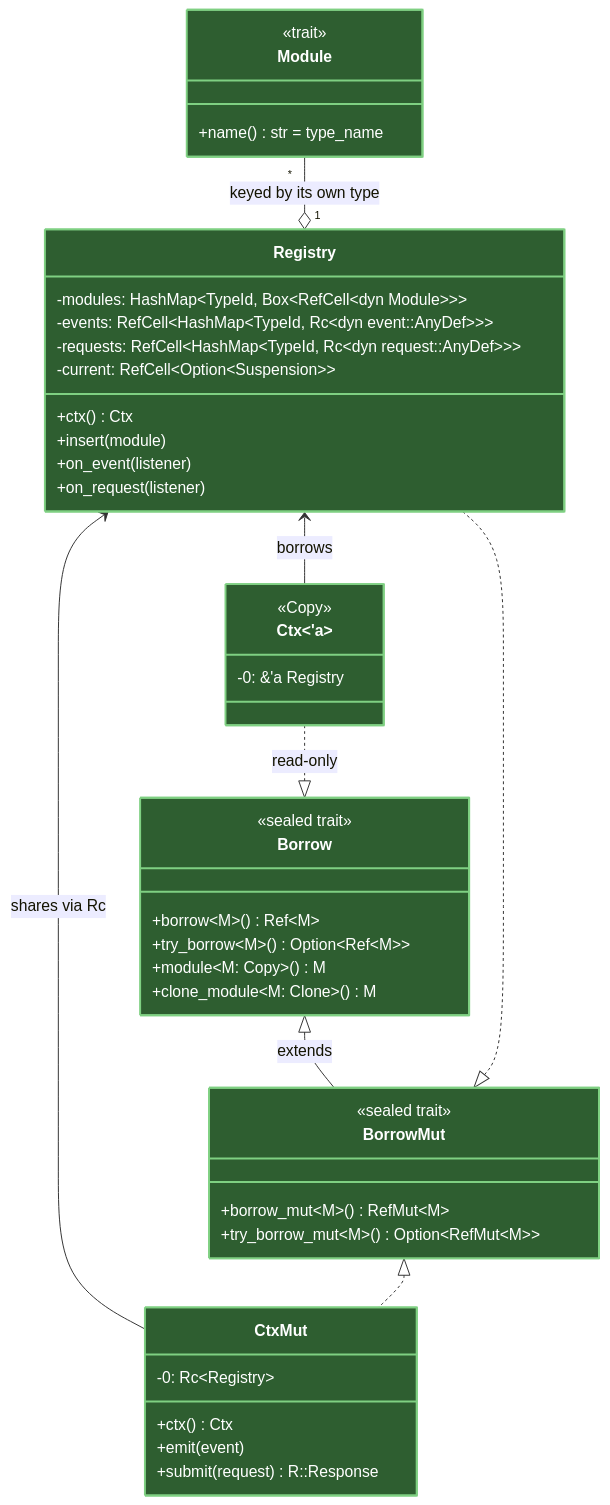
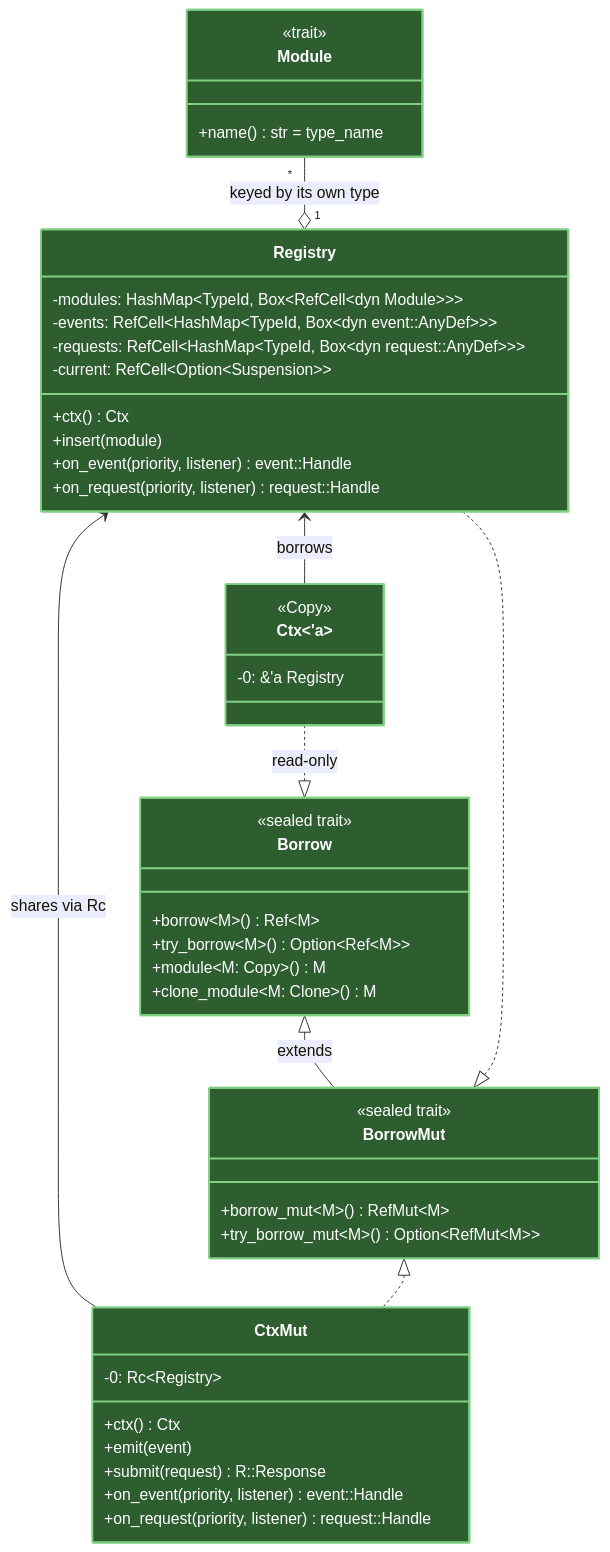
One commit to andrewtc/posturn changed the third of 5 diagrams in book/src/next_turn/plan/types.md. Above: the diagram before and after it, drawn with Mermaid. The commit also changed other lines of this file and 10 other files, not shown here.

````diff
--- a/book/src/next_turn/plan/types.md
+++ b/book/src/next_turn/plan/types.md
@@ -140,68 +151,70 @@
 ```mermaid
 %%{init: {"class": {"nodeSpacing": 10, "rankSpacing": 20}}}%%
 classDiagram
     direction TB
 
     %% Generics that nest, or contain `()`, are written with HTML entities (`#lt;`, `#gt;`, `#40;`, `#41;`): Mermaid
     %% misreads nested `~T~` generics as Markdown strikethrough, and treats any member containing `()` as a method.
     %% Layout: the order of declarations and the direction of each arrow (e.g. `A <.. B` instead of `B ..> A`, which
     %% means the same thing) were tuned by measuring rendered variants for size and edge crossings. Reordering lines
     %% or flipping arrows here can change the layout noticeably.
 
     class Module {
         <<trait>>
         +name() str = type_name
     }
 
     class Borrow {
         <<sealed trait>>
         +borrow~M~() Ref~M~
         +try_borrow~M~() Option~Ref~M~~
         +module~M: Copy~() M
         +clone_module~M: Clone~() M
     }
 
     class BorrowMut {
         <<sealed trait>>
         +borrow_mut~M~() RefMut~M~
         +try_borrow_mut~M~() Option~RefMut~M~~
     }
 
     class Registry {
         -modules: HashMap#lt;TypeId, Box#lt;RefCell#lt;dyn Module#gt;#gt;#gt;
-        -events: RefCell#lt;HashMap#lt;TypeId, Rc#lt;dyn event::AnyDef#gt;#gt;#gt;
-        -requests: RefCell#lt;HashMap#lt;TypeId, Rc#lt;dyn request::AnyDef#gt;#gt;#gt;
+        -events: RefCell#lt;HashMap#lt;TypeId, Box#lt;dyn event::AnyDef#gt;#gt;#gt;
+        -requests: RefCell#lt;HashMap#lt;TypeId, Box#lt;dyn request::AnyDef#gt;#gt;#gt;
         -current: RefCell#lt;Option#lt;Suspension#gt;#gt;
         +ctx() Ctx
         +insert(module)
-        +on_event(listener)
-        +on_request(listener)
+        +on_event(priority, listener) event::Handle
+        +on_request(priority, listener) request::Handle
     }
 
     class Ctx~'a~ {
         <<Copy>>
         -0: &'a Registry
     }
 
     class CtxMut {
         -0: Rc~Registry~
         +ctx() Ctx
         +emit(event)
         +submit(request) R::Response
+        +on_event(priority, listener) event::Handle
+        +on_request(priority, listener) request::Handle
     }
 
     Module "*" --o "1" Registry : keyed by its own type
     Borrow <|-- BorrowMut : extends
     Registry ..|> BorrowMut
     Registry <-- CtxMut : shares via Rc
     BorrowMut <|.. CtxMut
     Registry <-- Ctx : borrows
     Ctx ..|> Borrow : read-only
 
     style Registry fill:#2e5e30,stroke:#7fd082,stroke-width:2px,color:#ffffff
     style CtxMut fill:#2e5e30,stroke:#7fd082,stroke-width:2px,color:#ffffff
     style Module fill:#2e5e30,stroke:#7fd082,stroke-width:2px,color:#ffffff
     style Borrow fill:#2e5e30,stroke:#7fd082,stroke-width:2px,color:#ffffff
     style BorrowMut fill:#2e5e30,stroke:#7fd082,stroke-width:2px,color:#ffffff
     style Ctx fill:#2e5e30,stroke:#7fd082,stroke-width:2px,color:#ffffff
 ```
````
